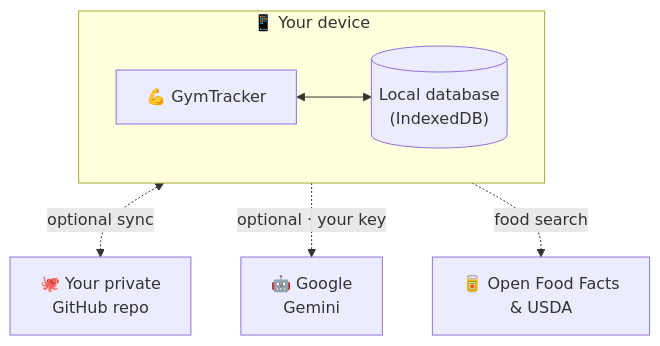
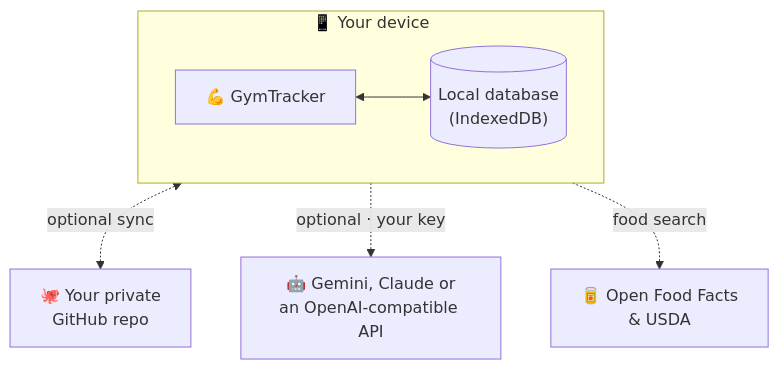
The diagram in README.md (monniale/GymTracker), drawn with Mermaid before and after one commit. The commit also changed other lines of this file and 35 other files, not shown here.

````diff
--- a/README.md
+++ b/README.md
@@ -167,10 +168,10 @@
 ```mermaid
 flowchart TB
     subgraph phone["📱 Your device"]
         direction LR
         app["💪 GymTracker"] <--> db[("Local database<br/>(IndexedDB)")]
     end
     phone <-.->|optional sync| gh["🐙 Your private<br/>GitHub repo"]
-    phone -.->|optional · your key| ai["🤖 Google<br/>Gemini"]
+    phone -.->|optional · your key| ai["🤖 Gemini, Claude or<br/>an OpenAI-compatible API"]
     phone -.->|food search| food["🥫 Open Food Facts<br/>& USDA"]
 ```
````
